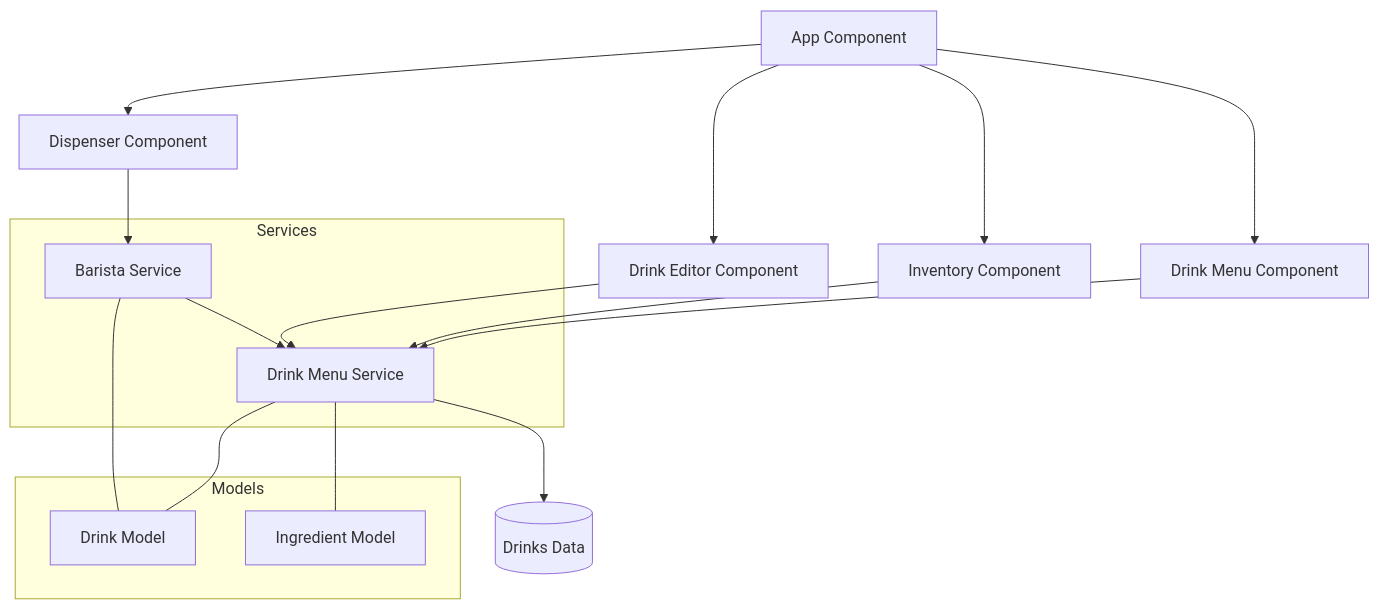
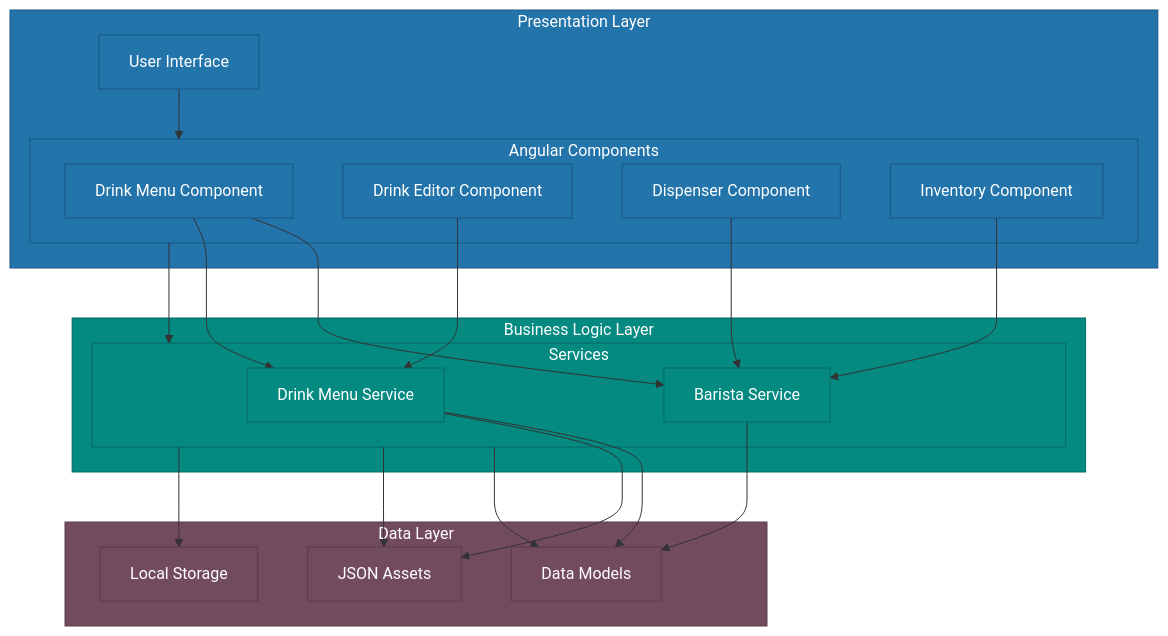
One commit to itbala315/barista-app changed the second of 4 diagrams in README.md. Above: the diagram before and after it, drawn with Mermaid. The commit also changed other lines of this file, not shown here.

````diff
--- a/README.md
+++ b/README.md
@@ -15,29 +39,53 @@
 ```mermaid
-graph TD
-    A[App Component] --> B[Drink Menu Component]
-    A --> C[Inventory Component]
-    A --> D[Drink Editor Component]
-    A --> E[Dispenser Component]
-    
-    B --> F[Drink Menu Service]
-    C --> F
-    D --> F
-    E --> G[Barista Service]
-    
-    F --> H[(Drinks Data)]
-    G --> F
-    
-    subgraph Services
-    F
-    G
+graph TB
+    %% Define the subgraphs for each layer
+    subgraph Presentation["Presentation Layer"]
+        UI[User Interface]
+        subgraph Components["Angular Components"]
+            DMenu[Drink Menu Component]
+            DEditor[Drink Editor Component]
+            Disp[Dispenser Component]
+            Inv[Inventory Component]
+        end
     end
-    
-    subgraph Models
-    I[Drink Model]
-    J[Ingredient Model]
+
+    subgraph Business["Business Logic Layer"]
+        subgraph Services["Services"]
+            BService[Barista Service]
+            DService[Drink Menu Service]
+        end
     end
-    
-    F --- I
-    F --- J
-    G --- I
+
+    subgraph Data["Data Layer"]
+        Models[Data Models]
+        Assets[JSON Assets]
+        Storage[Local Storage]
+    end
+
+    %% Define relationships between components
+    UI --> Components
+    Components --> Services
+    Services --> Models
+    Services --> Assets
+    Services --> Storage
+
+    %% Detailed connections
+    DMenu --> BService
+    DMenu --> DService
+    DEditor --> DService
+    Disp --> BService
+    Inv --> BService
+    BService --> Models
+    DService --> Models
+    DService --> Assets
+
+    %% Styling
+    classDef presentation fill:#2374ab,color:#fff,stroke:#1a5586,stroke-width:1px
+    classDef business fill:#048a81,color:#fff,stroke:#036b65,stroke-width:1px
+    classDef data fill:#734b5e,color:#fff,stroke:#5a3a4a,stroke-width:1px
+
+    %% Apply styles
+    class Presentation,UI,Components,DMenu,DEditor,Disp,Inv presentation
+    class Business,Services,BService,DService business
+    class Data,Models,Assets,Storage data
 ```
````
